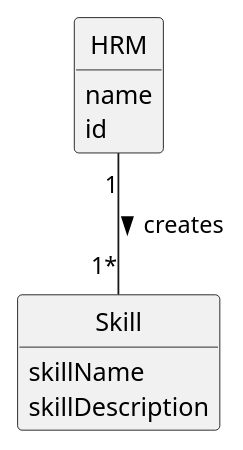
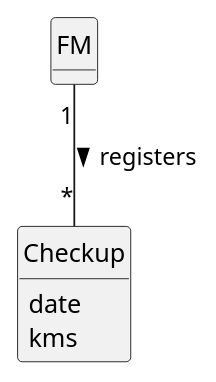
The diagram in docs/sprintA/us007/02.analysis/puml/us007-domain-model.puml (Departamento-de-Engenharia-Informatica/lei-24-s2-1dm-g132), drawn with PlantUML before and after one commit. The commit also changed 1 other file, not shown here.

```diff
--- a/docs/sprintA/us007/02.analysis/puml/us007-domain-model.puml
+++ b/docs/sprintA/us007/02.analysis/puml/us007-domain-model.puml
@@ -1,29 +1,28 @@
 @startuml
 skinparam monochrome true
 skinparam packageStyle rectangle
 skinparam shadowing false
 
 skinparam classAttributeIconSize 0
 
 hide circle
 hide methods
 
 'title Domain Model
 
 'class Platform {
 '  -description
 '}
 
-class HRM {
-    name
-    id
+class FM {
 }
 
-class Skill {
-    skillName
-    skillDescription
 
+class Checkup {
+    date
+    kms
 }
 
-HRM "1" -- "1*" Skill : creates >
+FM "1" -- "*" Checkup : registers >
+
 @enduml
```
